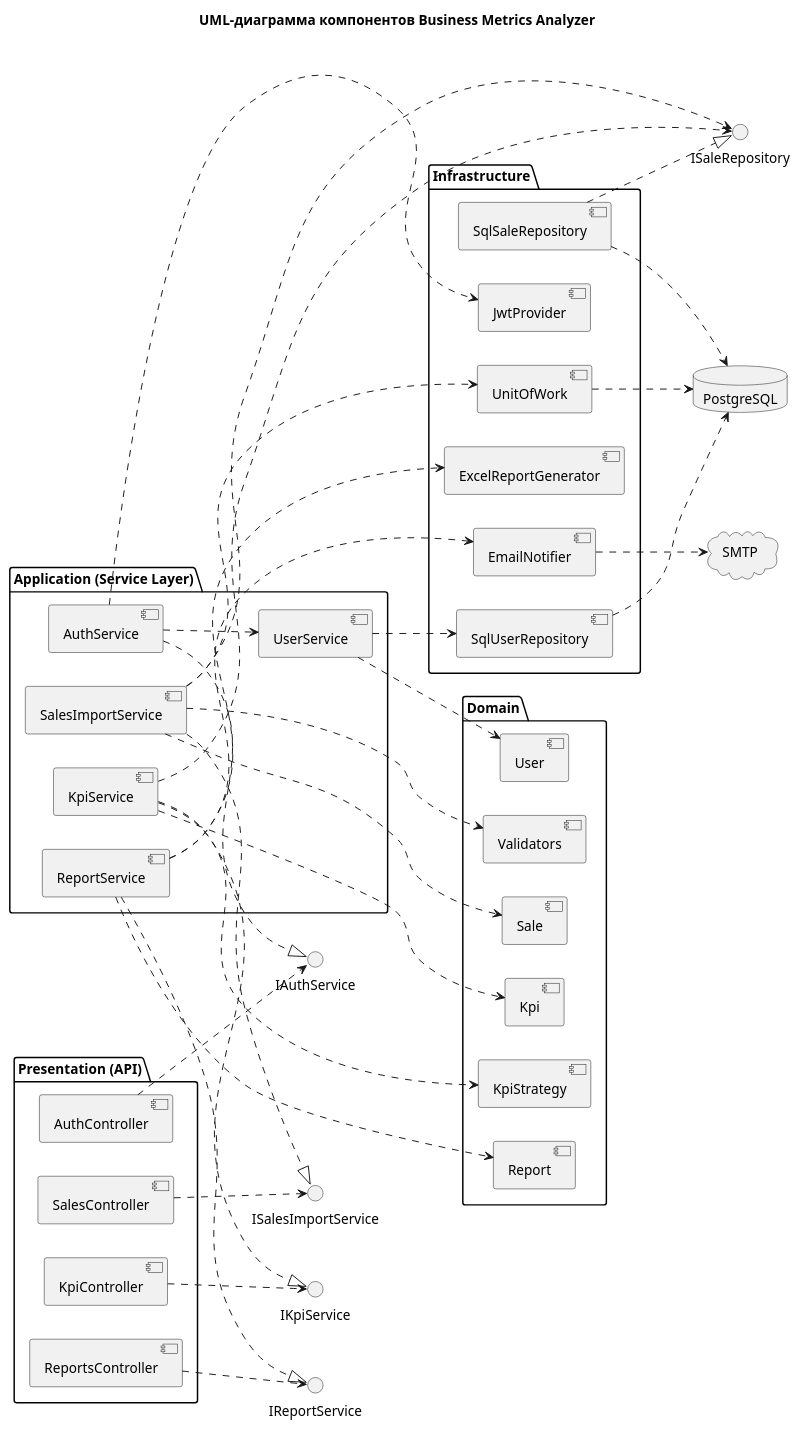
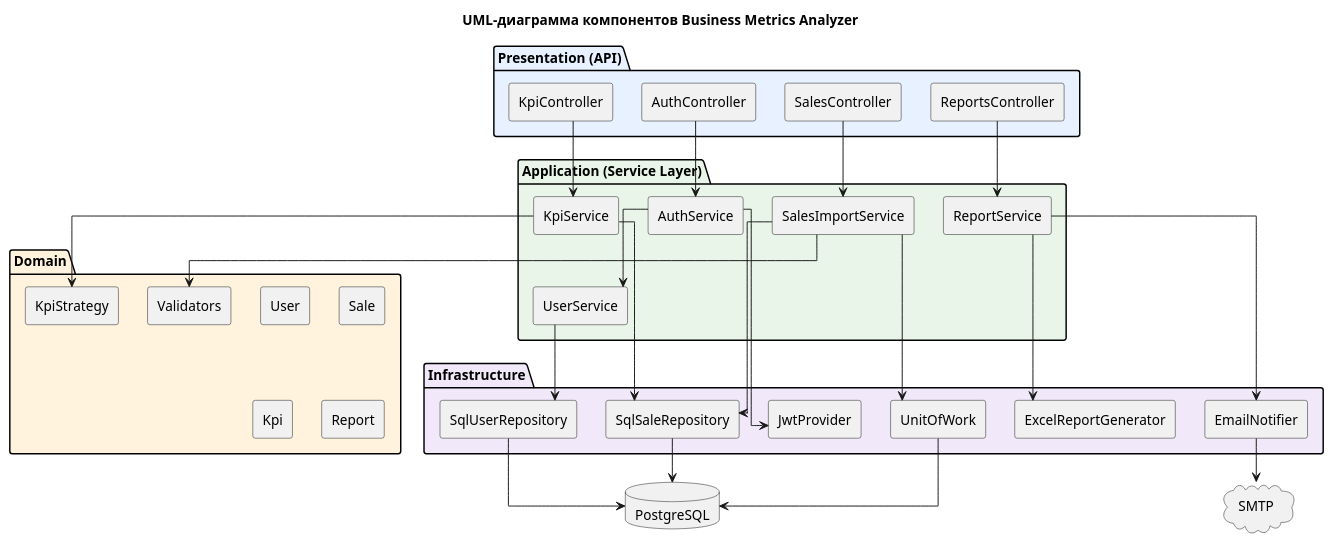
The diagram in docs/architecture/components.puml (superpuperimformatika/business-metrics-analyzer), drawn with PlantUML before and after one commit.

Commit message:
Update components.puml
Update UML component diagram

```diff
--- a/docs/architecture/components.puml
+++ b/docs/architecture/components.puml
@@ -2,84 +4,71 @@
 @startuml
 title UML-диаграмма компонентов Business Metrics Analyzer
 
-skinparam componentStyle uml2
+top to bottom direction
+skinparam componentStyle rectangle
 skinparam shadowing false
-left to right direction
+skinparam linetype ortho
+skinparam nodesep 30
+skinparam ranksep 45
 
-package "Presentation (API)" {
-  component "AuthController" as AuthController
-  component "SalesController" as SalesController
-  component "KpiController" as KpiController
-  component "ReportsController" as ReportsController
+package "Presentation (API)" #E8F1FF {
+  [AuthController] as AC
+  [SalesController] as SC
+  [KpiController] as KC
+  [ReportsController] as RC
 }
 
-package "Application (Service Layer)" {
-  component "AuthService" as AuthService
-  component "SalesImportService" as SalesImportService
-  component "KpiService" as KpiService
-  component "ReportService" as ReportService
-  component "UserService" as UserService
+package "Application (Service Layer)" #E9F5E9 {
+  [AuthService] as AS
+  [SalesImportService] as SIS
+  [KpiService] as KS
+  [ReportService] as RS
+  [UserService] as US
 }
 
-package "Domain" {
-  component "Sale" as Sale
-  component "Kpi" as Kpi
-  component "User" as User
-  component "Report" as Report
-  component "KpiStrategy" as KpiStrategy
-  component "Validators" as Validators
+package "Domain" #FFF3DD {
+  [User] as U
+  [Sale] as S
+  [Kpi] as K
+  [Report] as R
+  [KpiStrategy] as STR
+  [Validators] as V
 }
 
-package "Infrastructure" {
-  component "SqlSaleRepository" as SqlSaleRepository
-  component "SqlUserRepository" as SqlUserRepository
-  component "UnitOfWork" as UnitOfWork
-  component "JwtProvider" as JwtProvider
-  component "ExcelReportGenerator" as ExcelReportGenerator
-  component "EmailNotifier" as EmailNotifier
+package "Infrastructure" #F1E9FA {
+  [JwtProvider] as JWT
+  [SqlUserRepository] as UR
+  [SqlSaleRepository] as SR
+  [UnitOfWork] as UOW
+  [ExcelReportGenerator] as ER
+  [EmailNotifier] as EN
 }
-
-interface "IAuthService" as IAuthService
-interface "ISalesImportService" as ISalesImportService
-interface "IKpiService" as IKpiService
-interface "IReportService" as IReportService
-interface "ISaleRepository" as ISaleRepository
 
 database "PostgreSQL" as DB
 cloud "SMTP" as SMTP
 
-AuthController ..> IAuthService
-SalesController ..> ISalesImportService
-KpiController ..> IKpiService
-ReportsController ..> IReportService
+AC --> AS
+SC --> SIS
+KC --> KS
+RC --> RS
 
-AuthService ..|> IAuthService
-SalesImportService ..|> ISalesImportService
-KpiService ..|> IKpiService
-ReportService ..|> IReportService
+AS --> US
+AS --> JWT
+US --> UR
 
-AuthService ..> JwtProvider
-AuthService ..> UserService
-UserService ..> SqlUserRepository
-UserService ..> User
+SIS --> V
+SIS --> UOW
+SIS --> SR
 
-SalesImportService ..> UnitOfWork
-SalesImportService ..> ISaleRepository
-SalesImportService ..> Validators
-SalesImportService ..> Sale
+KS --> STR
+KS --> SR
 
-KpiService ..> KpiStrategy
-KpiService ..> ISaleRepository
-KpiService ..> Kpi
+RS --> ER
+RS --> EN
 
-ReportService ..> ExcelReportGenerator
-ReportService ..> EmailNotifier
-ReportService ..> Report
-
-SqlSaleRepository ..|> ISaleRepository
-SqlSaleRepository ..> DB
-SqlUserRepository ..> DB
-UnitOfWork ..> DB
-EmailNotifier ..> SMTP
+UR --> DB
+SR --> DB
+UOW --> DB
+EN --> SMTP
 
 @enduml
```
